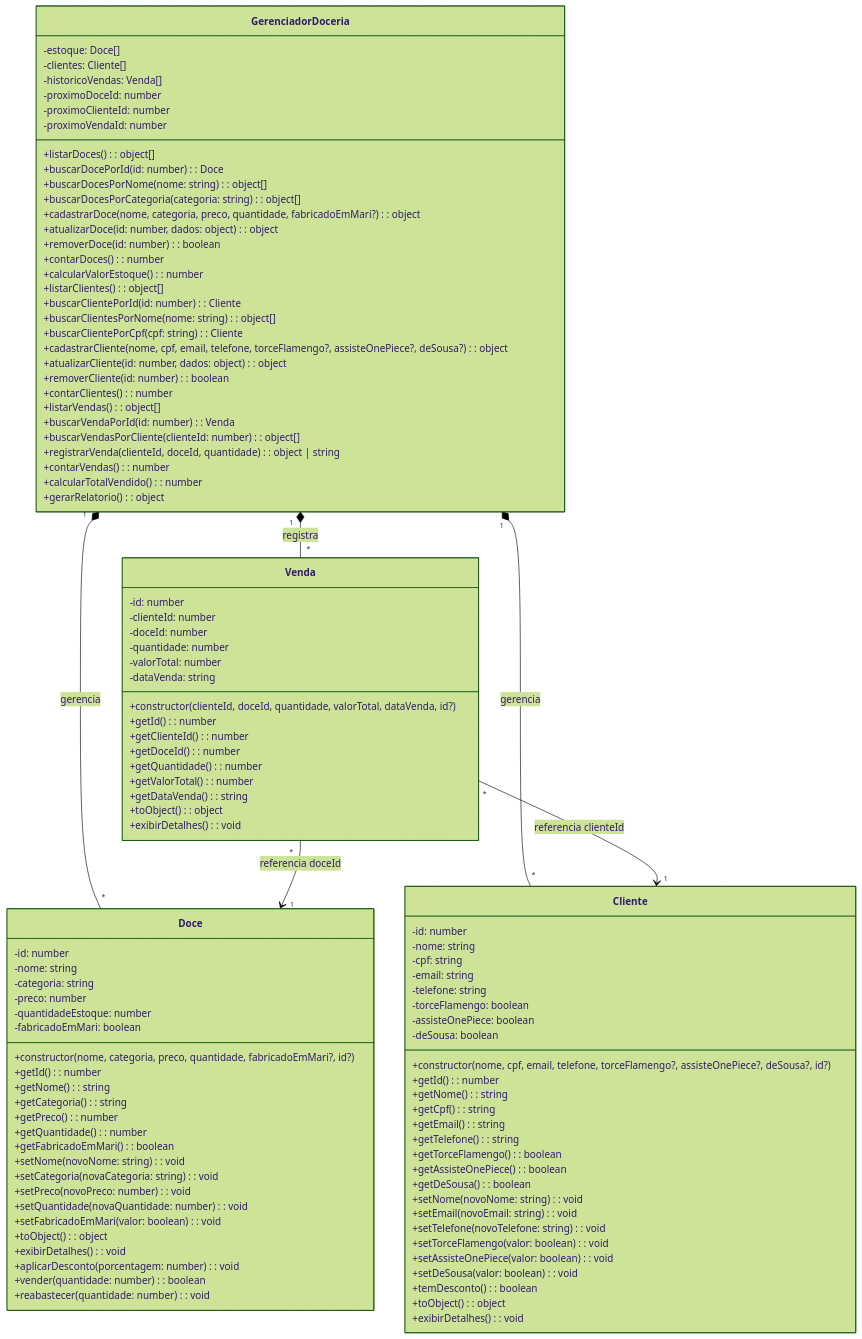
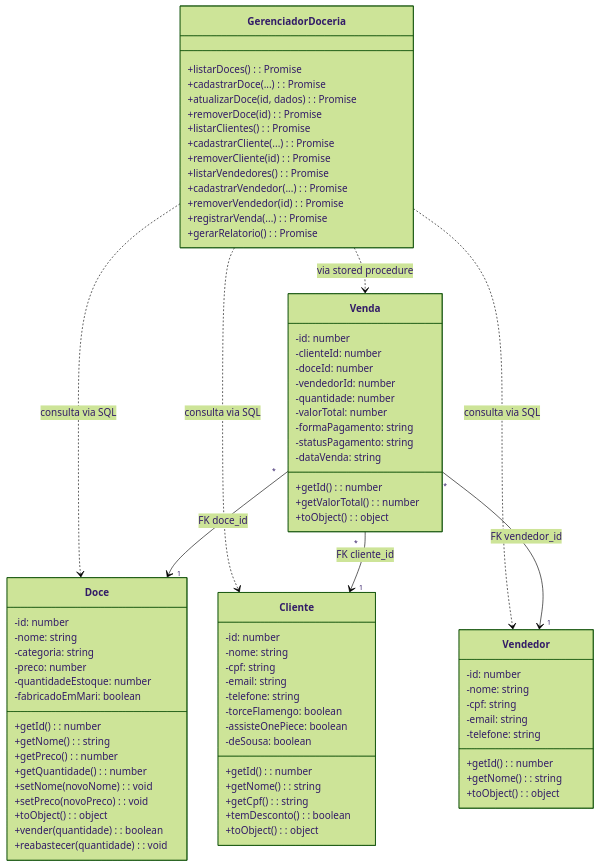
One commit to volo3906/Projeto_doceria_bd changed the diagram in README.md. Above: the diagram before and after it, drawn with Mermaid (forest theme). The commit also changed other lines of this file, not shown here.

Commit message:
docs: atualizar README com vendedores, procedure, indices e migrations

````diff
--- a/README.md
+++ b/README.md
@@ -85,23 +107,15 @@
     -preco: number
     -quantidadeEstoque: number
     -fabricadoEmMari: boolean
-    +constructor(nome, categoria, preco, quantidade, fabricadoEmMari?, id?)
     +getId(): number
     +getNome(): string
-    +getCategoria(): string
     +getPreco(): number
     +getQuantidade(): number
-    +getFabricadoEmMari(): boolean
-    +setNome(novoNome: string): void
-    +setCategoria(novaCategoria: string): void
-    +setPreco(novoPreco: number): void
-    +setQuantidade(novaQuantidade: number): void
-    +setFabricadoEmMari(valor: boolean): void
+    +setNome(novoNome): void
+    +setPreco(novoPreco): void
     +toObject(): object
-    +exibirDetalhes(): void
-    +aplicarDesconto(porcentagem: number): void
-    +vender(quantidade: number): boolean
-    +reabastecer(quantidade: number): void
+    +vender(quantidade): boolean
+    +reabastecer(quantidade): void
 }
 
 class Cliente {
@@ -113,80 +127,59 @@
     -torceFlamengo: boolean
     -assisteOnePiece: boolean
     -deSousa: boolean
-    +constructor(nome, cpf, email, telefone, torceFlamengo?, assisteOnePiece?, deSousa?, id?)
     +getId(): number
     +getNome(): string
     +getCpf(): string
-    +getEmail(): string
-    +getTelefone(): string
-    +getTorceFlamengo(): boolean
-    +getAssisteOnePiece(): boolean
-    +getDeSousa(): boolean
-    +setNome(novoNome: string): void
-    +setEmail(novoEmail: string): void
-    +setTelefone(novoTelefone: string): void
-    +setTorceFlamengo(valor: boolean): void
-    +setAssisteOnePiece(valor: boolean): void
-    +setDeSousa(valor: boolean): void
     +temDesconto(): boolean
     +toObject(): object
-    +exibirDetalhes(): void
+}
+
+class Vendedor {
+    -id: number
+    -nome: string
+    -cpf: string
+    -email: string
+    -telefone: string
+    +getId(): number
+    +getNome(): string
+    +toObject(): object
 }
 
 class Venda {
     -id: number
     -clienteId: number
     -doceId: number
+    -vendedorId: number
     -quantidade: number
     -valorTotal: number
+    -formaPagamento: string
+    -statusPagamento: string
     -dataVenda: string
-    +constructor(clienteId, doceId, quantidade, valorTotal, dataVenda, id?)
     +getId(): number
-    +getClienteId(): number
-    +getDoceId(): number
-    +getQuantidade(): number
     +getValorTotal(): number
-    +getDataVenda(): string
     +toObject(): object
-    +exibirDetalhes(): void
 }
 
 class GerenciadorDoceria {
-    -estoque: Doce[]
-    -clientes: Cliente[]
-    -historicoVendas: Venda[]
-    -proximoDoceId: number
-    -proximoClienteId: number
-    -proximoVendaId: number
-    +listarDoces(): object[]
-    +buscarDocePorId(id: number): Doce
-    +buscarDocesPorNome(nome: string): object[]
-    +buscarDocesPorCategoria(categoria: string): object[]
-    +cadastrarDoce(nome, categoria, preco, quantidade, fabricadoEmMari?): object
-    +atualizarDoce(id: number, dados: object): object
-    +removerDoce(id: number): boolean
-    +contarDoces(): number
-    +calcularValorEstoque(): number
-    +listarClientes(): object[]
-    +buscarClientePorId(id: number): Cliente
-    +buscarClientesPorNome(nome: string): object[]
-    +buscarClientePorCpf(cpf: string): Cliente
-    +cadastrarCliente(nome, cpf, email, telefone, torceFlamengo?, assisteOnePiece?, deSousa?): object
-    +atualizarCliente(id: number, dados: object): object
-    +removerCliente(id: number): boolean
-    +contarClientes(): number
-    +listarVendas(): object[]
-    +buscarVendaPorId(id: number): Venda
-    +buscarVendasPorCliente(clienteId: number): object[]
-    +registrarVenda(clienteId, doceId, quantidade): object | string
-    +contarVendas(): number
-    +calcularTotalVendido(): number
-    +gerarRelatorio(): object
+    +listarDoces(): Promise
+    +cadastrarDoce(...): Promise
+    +atualizarDoce(id, dados): Promise
+    +removerDoce(id): Promise
+    +listarClientes(): Promise
+    +cadastrarCliente(...): Promise
+    +removerCliente(id): Promise
+    +listarVendedores(): Promise
+    +cadastrarVendedor(...): Promise
+    +removerVendedor(id): Promise
+    +registrarVenda(...): Promise
+    +gerarRelatorio(): Promise
 }
 
-GerenciadorDoceria "1" *-- "*" Doce : gerencia
-GerenciadorDoceria "1" *-- "*" Cliente : gerencia
-GerenciadorDoceria "1" *-- "*" Venda : registra
-Venda "*" --> "1" Cliente : referencia clienteId
-Venda "*" --> "1" Doce : referencia doceId
+GerenciadorDoceria ..> Doce : consulta via SQL
+GerenciadorDoceria ..> Cliente : consulta via SQL
+GerenciadorDoceria ..> Venda : via stored procedure
+GerenciadorDoceria ..> Vendedor : consulta via SQL
+Venda "*" --> "1" Cliente : FK cliente_id
+Venda "*" --> "1" Doce : FK doce_id
+Venda "*" --> "1" Vendedor : FK vendedor_id
 ```
````
